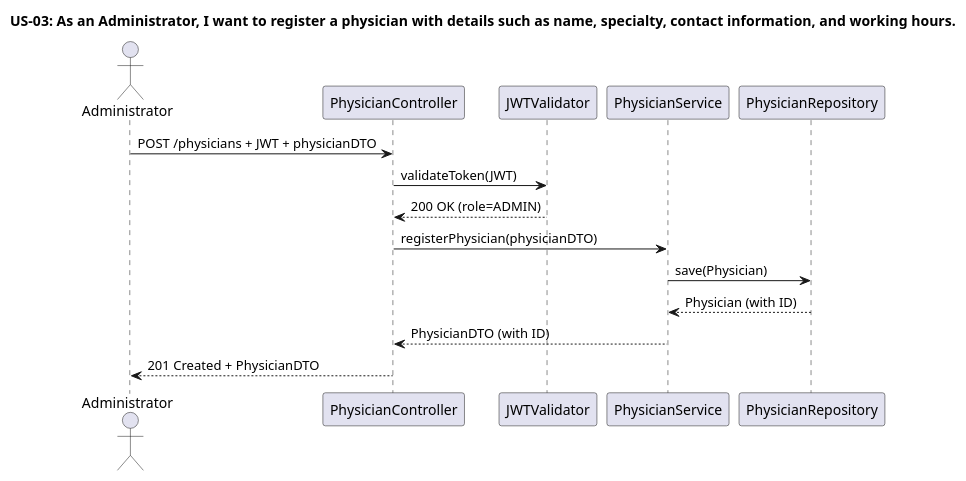
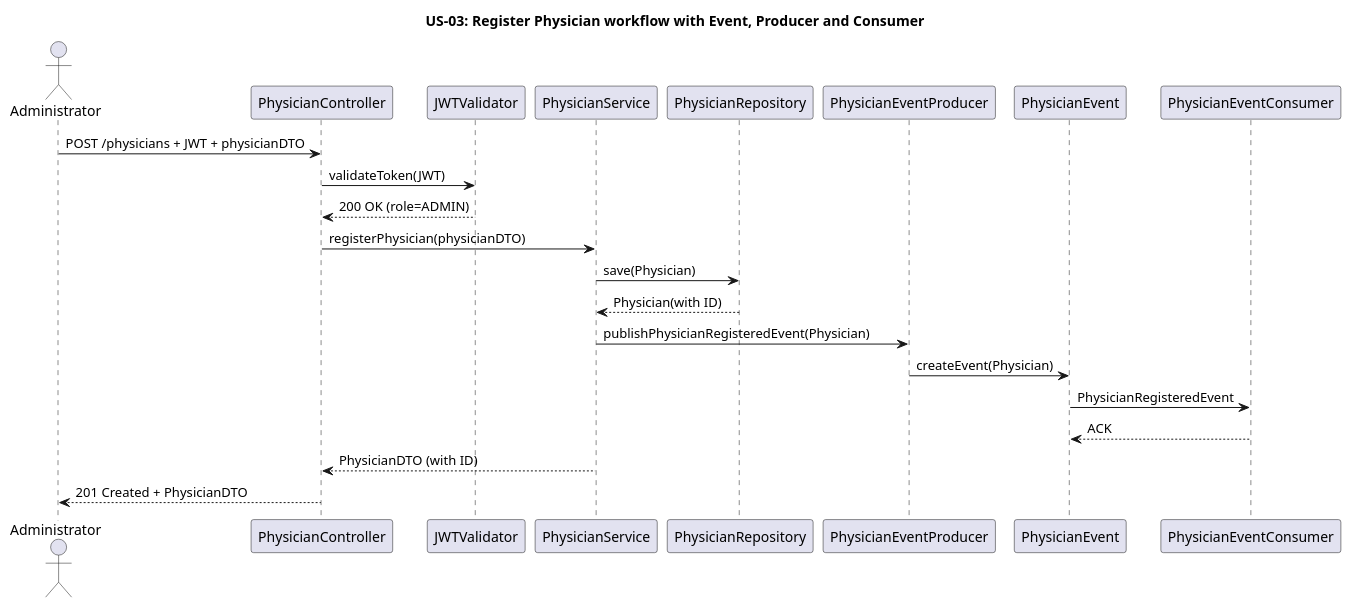
Before and after one commit to 1211104/PROJ_SIDIS2025: the diagram in docs/iteração2/WP#1A/US-03.puml, drawn with PlantUML. The commit also changed 6 other files, not shown here.

```diff
--- a/docs/iteração2/WP#1A/US-03.puml
+++ b/docs/iteração2/WP#1A/US-03.puml
@@ -1,19 +1,30 @@
 @startuml
-title US-03: As an Administrator, I want to register a physician with details such as name, specialty, contact information, and working hours.
+title US-03: Register Physician workflow with Event, Producer and Consumer
 
 actor Administrator
 participant "PhysicianController" as controller
 participant "JWTValidator" as jwt
 participant "PhysicianService" as service
 participant "PhysicianRepository" as repo
 
+participant "PhysicianEventProducer" as producer
+participant "PhysicianEvent" as event
+participant "PhysicianEventConsumer" as consumer
+
 Administrator -> controller : POST /physicians + JWT + physicianDTO
 controller -> jwt : validateToken(JWT)
 jwt --> controller : 200 OK (role=ADMIN)
 
 controller -> service : registerPhysician(physicianDTO)
 service -> repo : save(Physician)
-repo --> service : Physician (with ID)
+repo --> service : Physician(with ID)
+
+service -> producer : publishPhysicianRegisteredEvent(Physician)
+producer -> event : createEvent(Physician)
+
+event -> consumer : PhysicianRegisteredEvent
+consumer --> event : ACK
+
 service --> controller : PhysicianDTO (with ID)
 controller --> Administrator : 201 Created + PhysicianDTO
 @enduml
```
